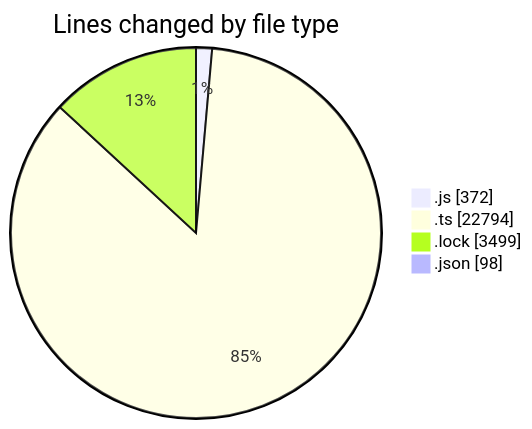
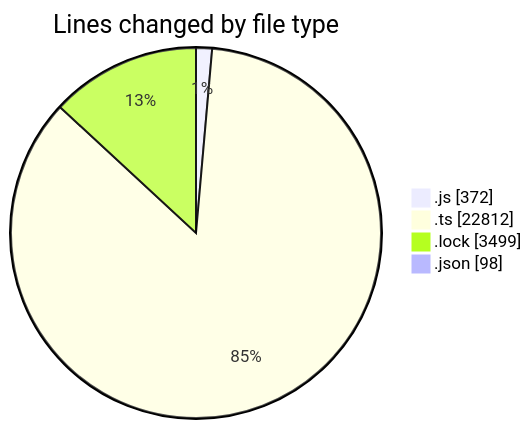
The first of 2 diagrams in 2025-05-27/cda/README.md (momahboobian/code-tracking), drawn with Mermaid before and after one commit. The commit also changed other lines of this file and 1 other file, not shown here.

````diff
--- a/2025-05-27/cda/README.md
+++ b/2025-05-27/cda/README.md
@@ -30,8 +30,8 @@
 ```mermaid
 pie showData
 title Lines changed by file type
 ".js" : 372
-".ts" : 22794
+".ts" : 22812
 ".lock" : 3499
 ".json" : 98
 ```
````
